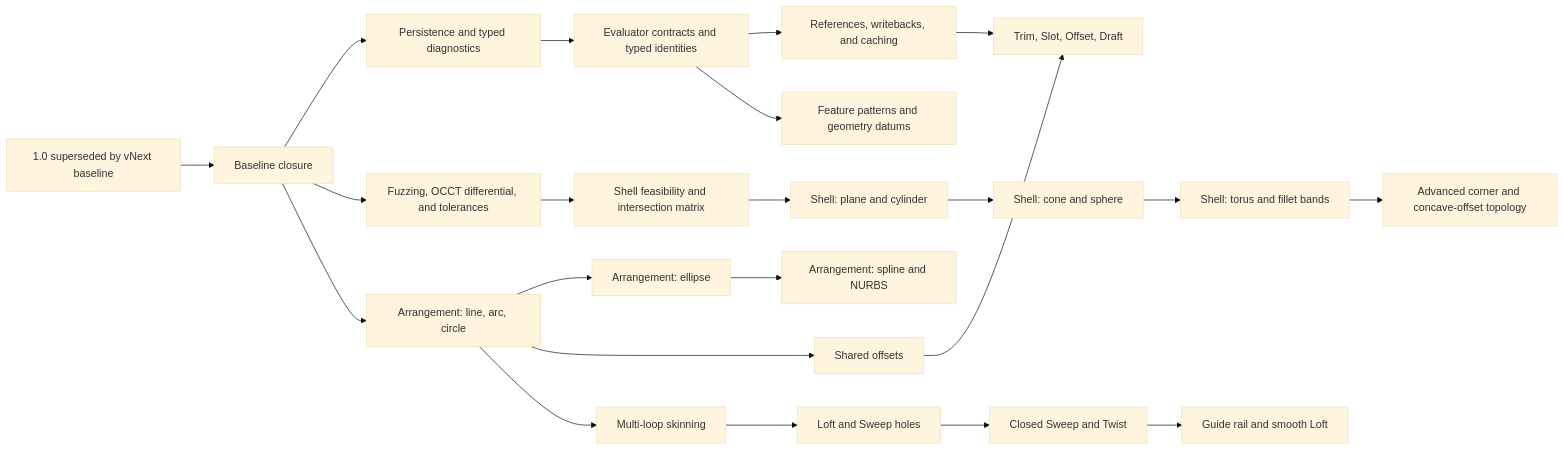
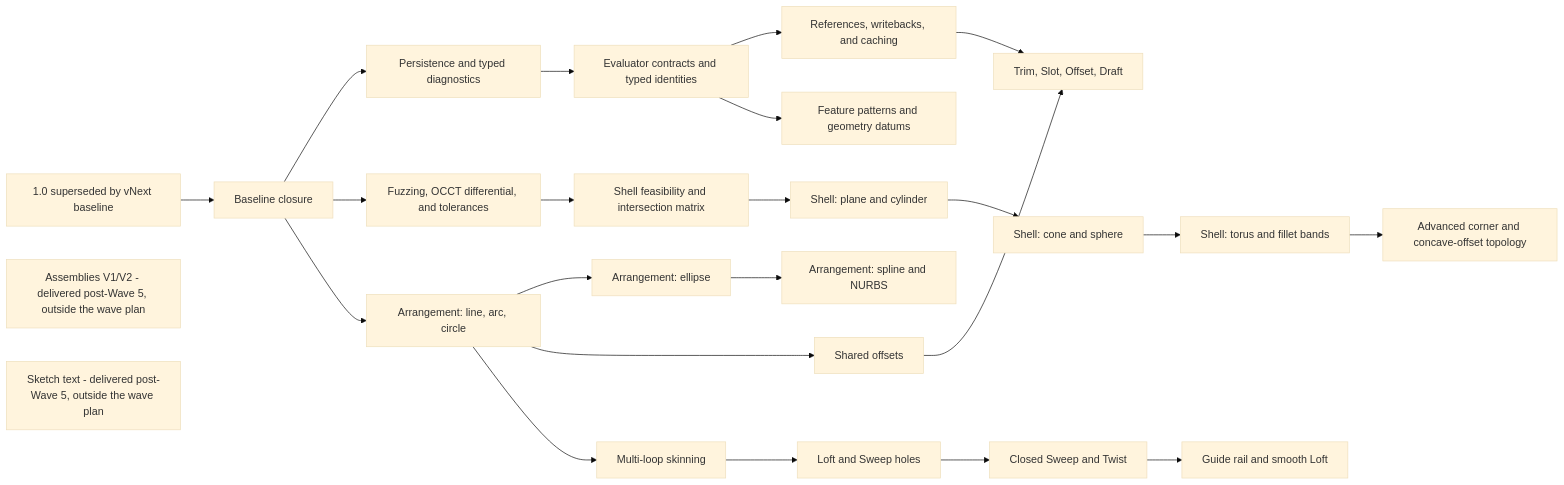
One commit to CadeWardC/ZeroCAD changed the diagram in docs/capability-robustness-roadmap.md. Above: the diagram before and after it, drawn with Mermaid (base theme). The commit also changed other lines of this file and 52 other files, not shown here.

````diff
--- a/docs/capability-robustness-roadmap.md
+++ b/docs/capability-robustness-roadmap.md
@@ -83,24 +114,26 @@
 ```mermaid
 flowchart LR
     R["1.0 superseded by vNext baseline"] --> B["Baseline closure"]
     B --> P["Persistence and typed diagnostics"]
     P --> E["Evaluator contracts and typed identities"]
     E --> C["References, writebacks, and caching"]
     B --> K["Fuzzing, OCCT differential, and tolerances"]
     B --> A1["Arrangement: line, arc, circle"]
     A1 --> A2["Arrangement: ellipse"]
     A2 --> A3["Arrangement: spline and NURBS"]
     A1 --> O["Shared offsets"]
     A1 --> M["Multi-loop skinning"]
     C --> U["Trim, Slot, Offset, Draft"]
     O --> U
     M --> L["Loft and Sweep holes"]
     L --> W["Closed Sweep and Twist"]
     E --> F["Feature patterns and geometry datums"]
     K --> S0["Shell feasibility and intersection matrix"]
     S0 --> S1["Shell: plane and cylinder"]
     S1 --> S2["Shell: cone and sphere"]
     S2 --> S3["Shell: torus and fillet bands"]
     W --> G["Guide rail and smooth Loft"]
     S3 --> X["Advanced corner and concave-offset topology"]
+    AS["Assemblies V1/V2 - delivered post-Wave 5, outside the wave plan"]
+    TX["Sketch text - delivered post-Wave 5, outside the wave plan"]
 ```
````
